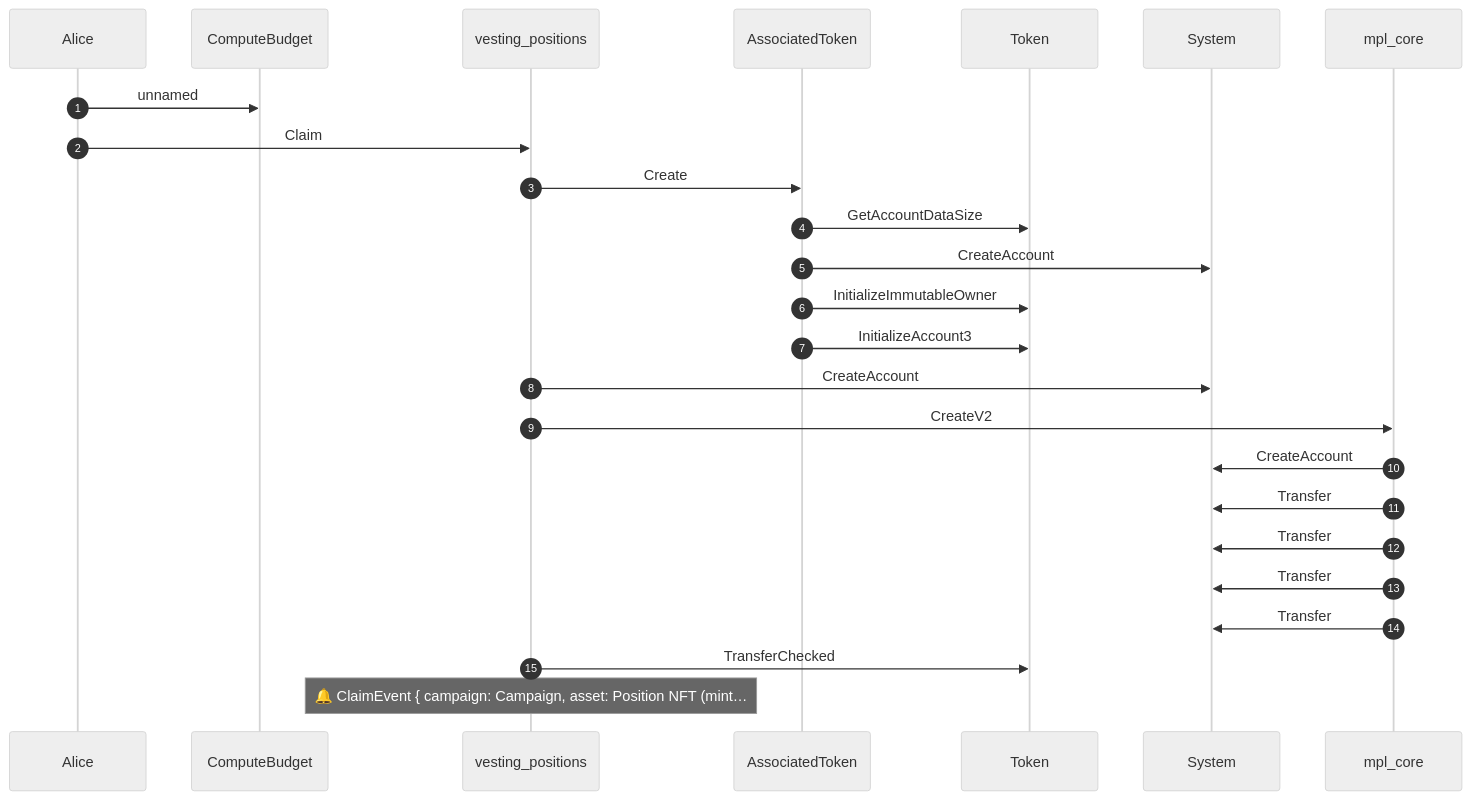
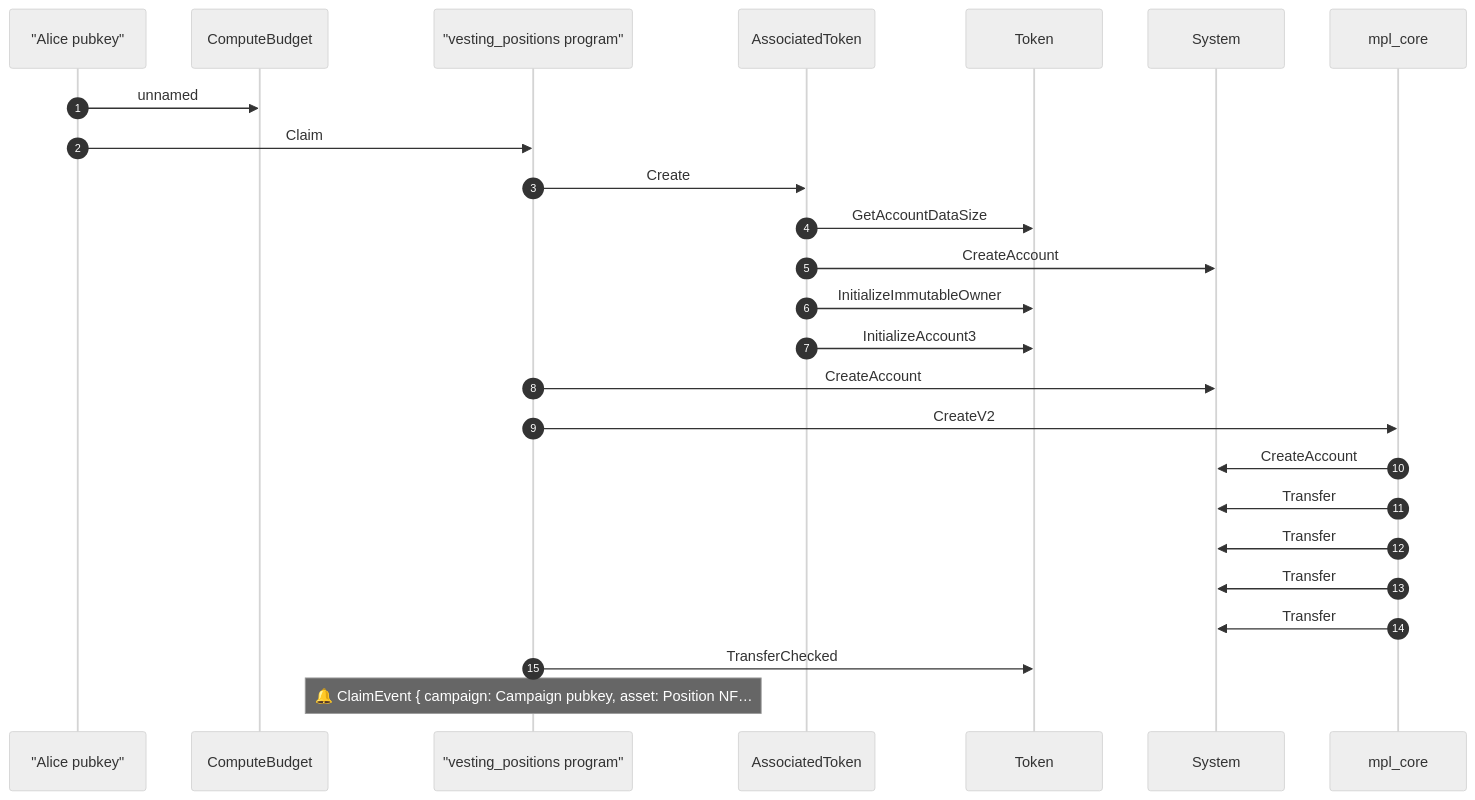
One commit to Canguilhem/Vesting-position changed the first of 4 diagrams in md-reports/full-vesting-lifecycle.md. Above: the diagram before and after it, drawn with Mermaid (neutral theme). The commit also changed other lines of this file and 2 other files, not shown here.

````diff
--- a/md-reports/full-vesting-lifecycle.md
+++ b/md-reports/full-vesting-lifecycle.md
@@ -241,27 +229,27 @@
 ```mermaid
 sequenceDiagram
     autonumber
-    participant Alice
+    participant Alice_pubkey as "Alice pubkey"
     participant ComputeBudget
-    participant vesting_positions
+    participant vesting_positions_program as "vesting_positions program"
     participant AssociatedToken
     participant Token
     participant System
     participant mpl_core
-    Alice ->> ComputeBudget: unnamed
-    Alice ->> vesting_positions: Claim
-    vesting_positions ->> AssociatedToken: Create
+    Alice_pubkey ->> ComputeBudget: unnamed
+    Alice_pubkey ->> vesting_positions_program: Claim
+    vesting_positions_program ->> AssociatedToken: Create
     AssociatedToken ->> Token: GetAccountDataSize
     AssociatedToken ->> System: CreateAccount
     AssociatedToken ->> Token: InitializeImmutableOwner
     AssociatedToken ->> Token: InitializeAccount3
-    vesting_positions ->> System: CreateAccount
-    vesting_positions ->> mpl_core: CreateV2
+    vesting_positions_program ->> System: CreateAccount
+    vesting_positions_program ->> mpl_core: CreateV2
     mpl_core ->> System: CreateAccount
     mpl_core ->> System: Transfer
     mpl_core ->> System: Transfer
     mpl_core ->> System: Transfer
     mpl_core ->> System: Transfer
-    vesting_positions ->> Token: TransferChecked
-    note over vesting_positions: 🔔 ClaimEvent { campaign: Campaign, asset: Position NFT (mint…
+    vesting_positions_program ->> Token: TransferChecked
+    note over vesting_positions_program: 🔔 ClaimEvent { campaign: Campaign pubkey, asset: Position NF…
 ```
````
